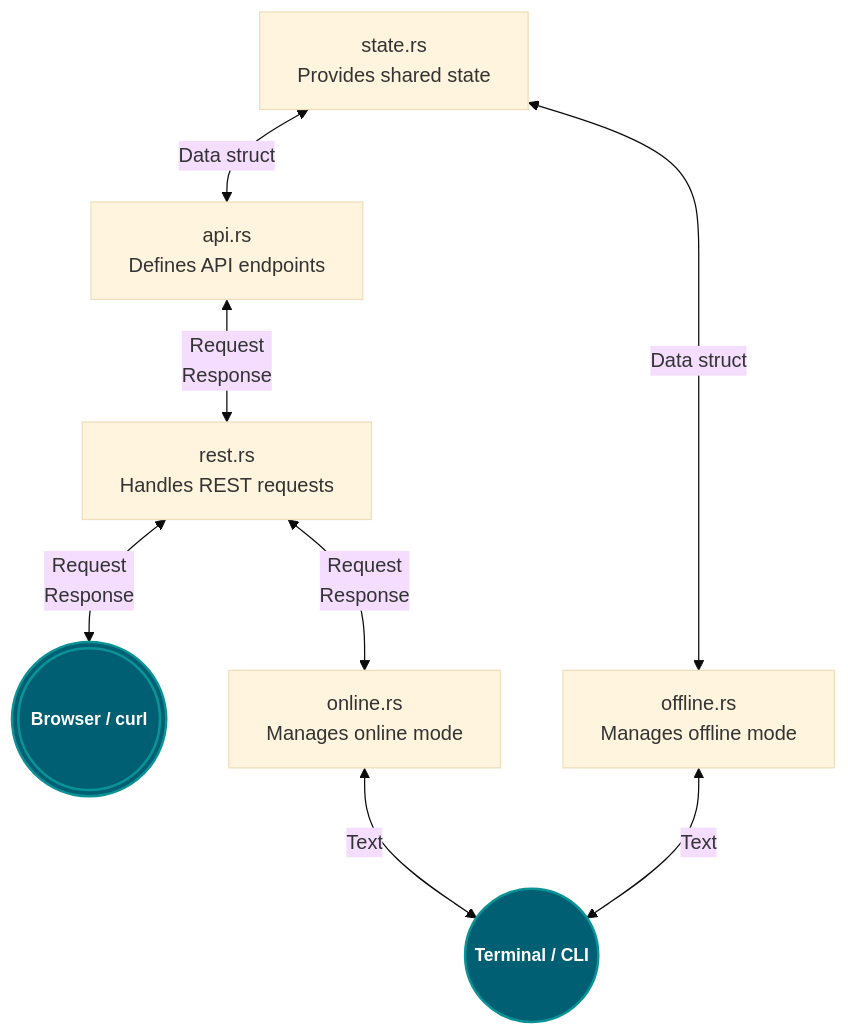
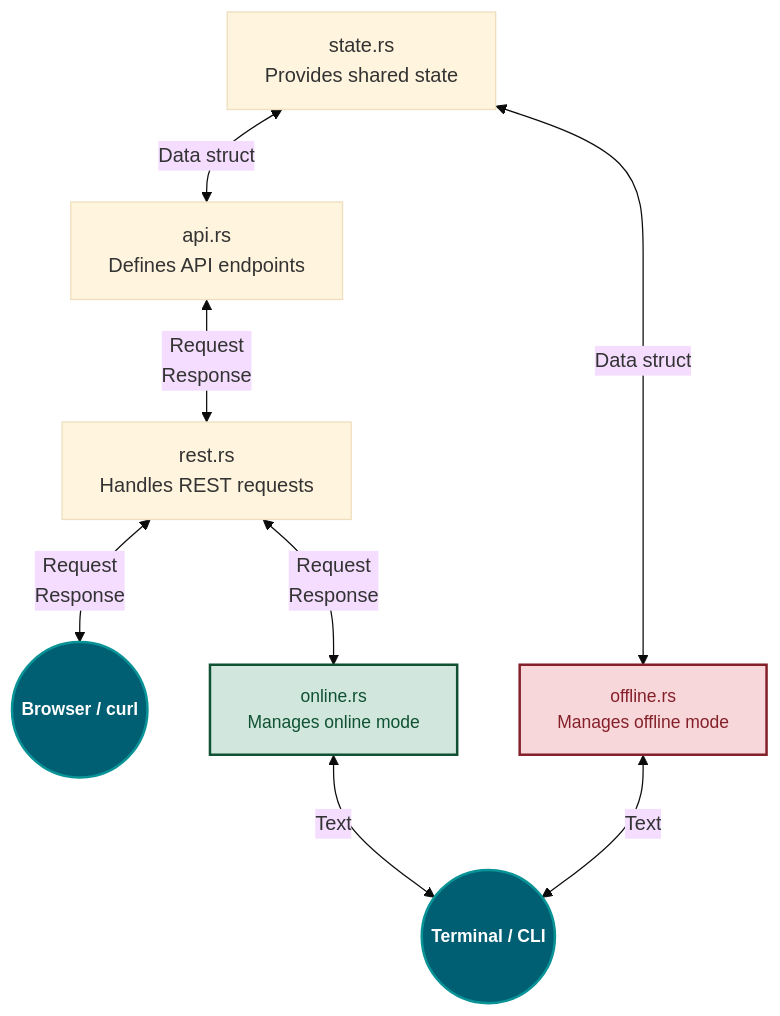
The diagram in src/bot/api/README.md (flengure/xtrade), drawn with Mermaid (base theme) before and after one commit.

Commit message:
test readme6

````diff
--- a/src/bot/api/README.md
+++ b/src/bot/api/README.md
@@ -1,20 +1,22 @@
 ```mermaid
 flowchart TD
     A[state.rs<br>Provides shared state]
     B[api.rs<br>Defines API endpoints]
     C[rest.rs<br>Handles REST requests]
-    D[offline.rs<br>Manages offline mode]
-    E[online.rs<br>Manages online mode]
+    D[offline.rs<br>Manages offline mode]:::offline
+    E[online.rs<br>Manages online mode]:::online
     F((Terminal / CLI)):::ui
-    G(((Browser / curl))):::ui
+    G((Browser / curl)):::ui
 
     A <-- Data struct --> B
     A <-- Data struct --> D
     B <-- Request\nResponse --> C
     C <-- Request\nResponse --> G
     C <-- Request\nResponse --> E
     E <-- Text --> F
     D <-- Text --> F
 
     classDef ui fill:#005f73,stroke:#0a9396,stroke-width:2px,font-size:14px,color:#ffffff,font-weight:bold;
+    classDef online fill:#d1e7dd,stroke:#0f5132,stroke-width:2px,font-size:14px,color:#0f5132;
+    classDef offline fill:#f8d7da,stroke:#842029,stroke-width:2px,font-size:14px,color:#842029;
 ```
````
